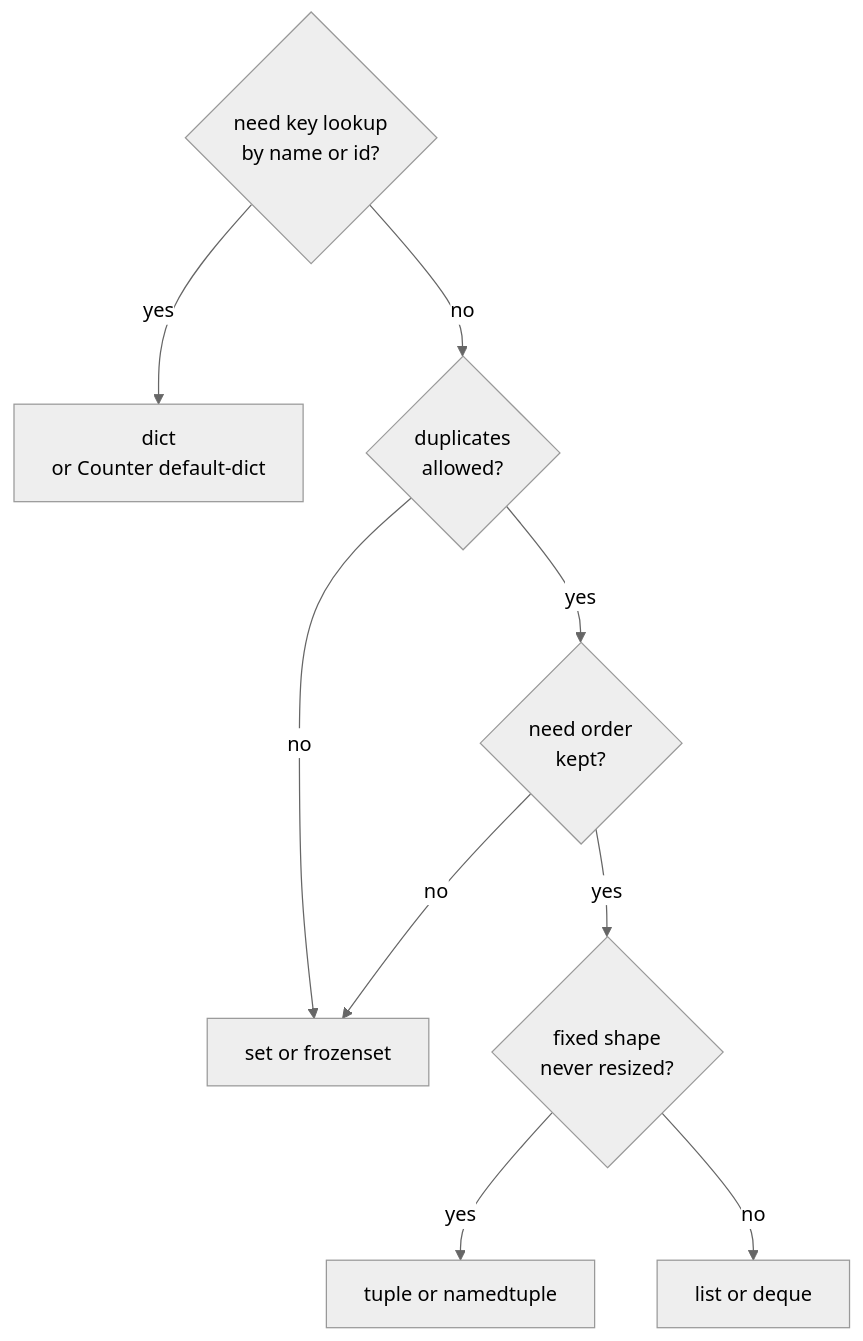
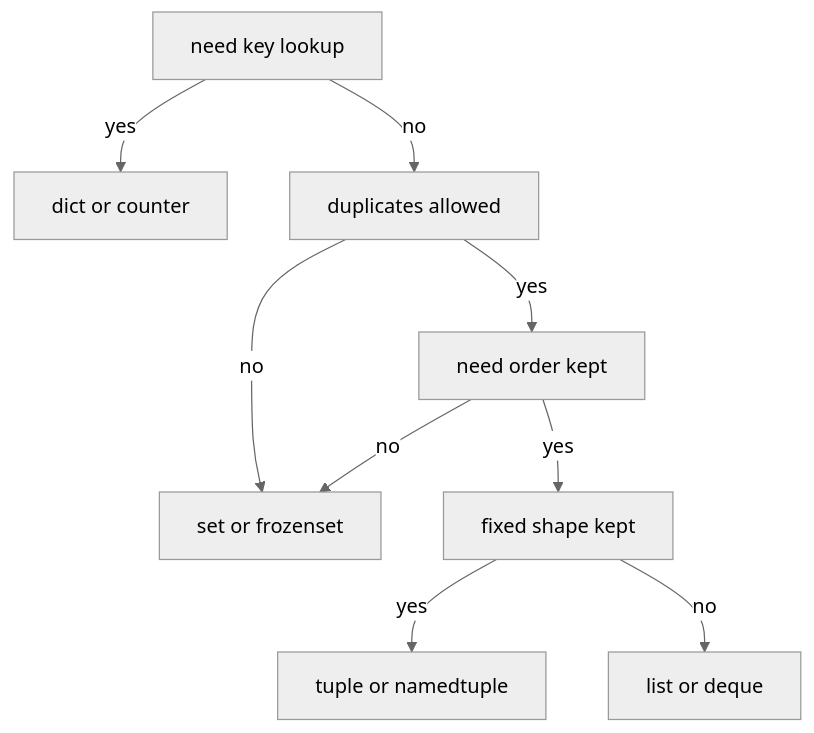
The first of 4 diagrams in docs/learning/13-collections.md (AslamNazeerShaikh/Python-Material), drawn with Mermaid (neutral theme) before and after one commit. The commit also changed other lines of this file and 16 other files, not shown here.

Commit message:
docs(learning): rebuild all mermaid in safe subset

````diff
--- a/docs/learning/13-collections.md
+++ b/docs/learning/13-collections.md
@@ -25,19 +25,19 @@
 ```mermaid
 flowchart TD
-    Q1{"need key lookup<br/>by name or id?"}
-    DICT["dict<br/>or Counter default-dict"]
-    Q2{"duplicates<br/>allowed?"}
-    Q3{"need order<br/>kept?"}
-    SET["set or frozenset"]
-    Q4{"fixed shape<br/>never resized?"}
-    TUPLE["tuple or namedtuple"]
-    LIST["list or deque"]
-    Q1 -->|"yes"| DICT
-    Q1 -->|"no"| Q2
-    Q2 -->|"no"| SET
-    Q2 -->|"yes"| Q3
-    Q3 -->|"no"| SET
-    Q3 -->|"yes"| Q4
-    Q4 -->|"yes"| TUPLE
-    Q4 -->|"no"| LIST
+    Q1[need key lookup]
+    DICT[dict or counter]
+    Q2[duplicates allowed]
+    Q3[need order kept]
+    SET[set or frozenset]
+    Q4[fixed shape kept]
+    TUPLE[tuple or namedtuple]
+    LIST[list or deque]
+    Q1 -->|yes| DICT
+    Q1 -->|no| Q2
+    Q2 -->|no| SET
+    Q2 -->|yes| Q3
+    Q3 -->|no| SET
+    Q3 -->|yes| Q4
+    Q4 -->|yes| TUPLE
+    Q4 -->|no| LIST
 ```
````
